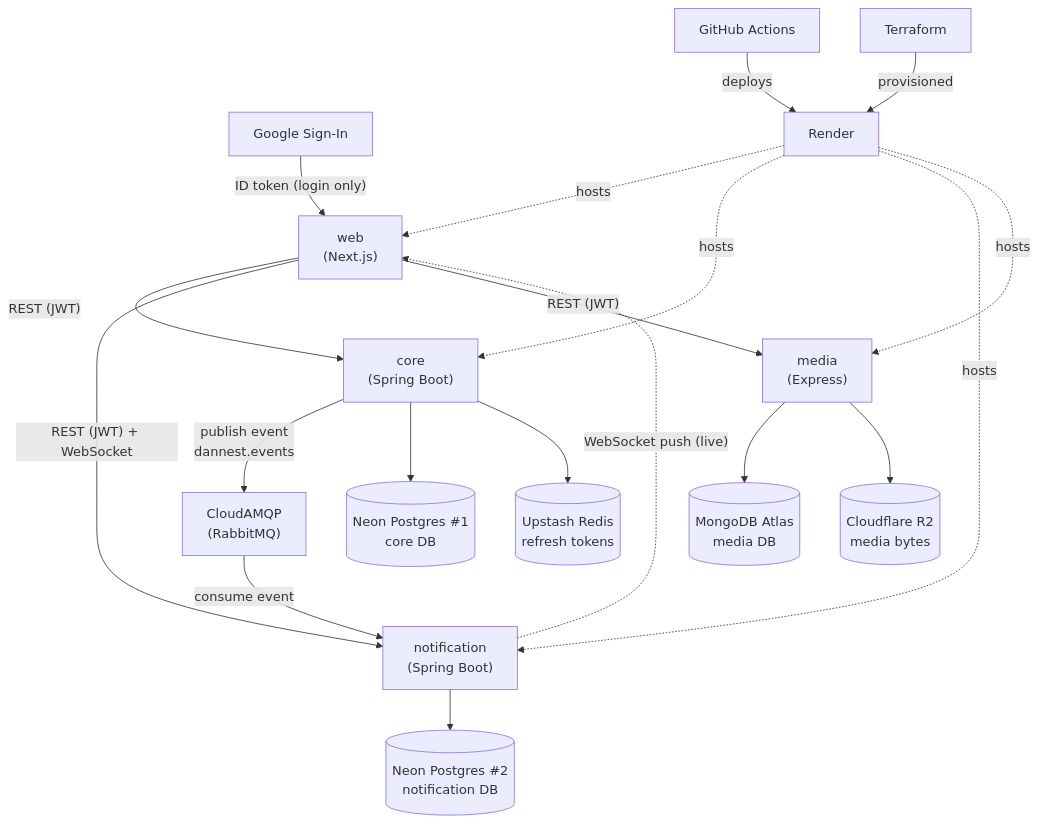
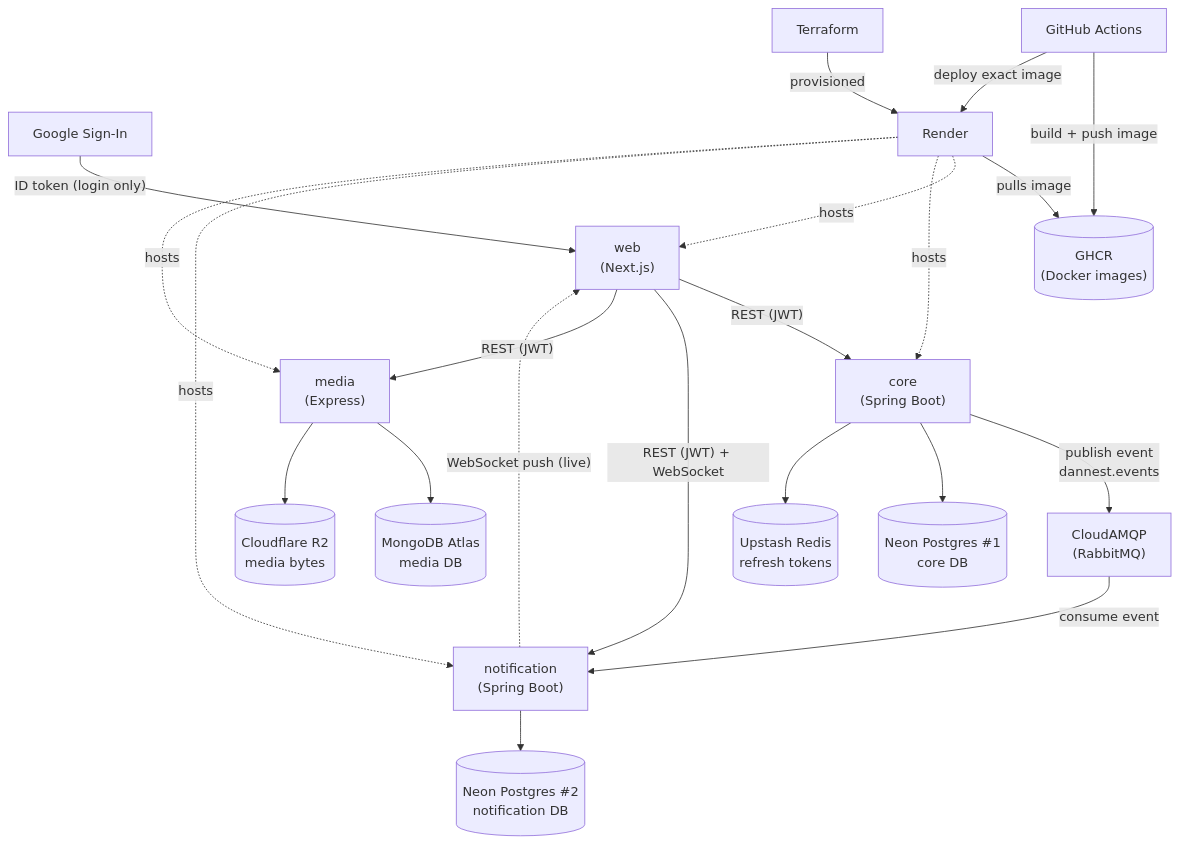
One commit to hdang-dev/dannest changed the first of 8 diagrams in docs/tech/architecture-flows.md. Above: the diagram before and after it, drawn with Mermaid. The commit also changed other lines of this file and 6 other files, not shown here.

Commit message:
ci: build/push Docker images to GHCR, deploy exact image to Render

````diff
--- a/docs/tech/architecture-flows.md
+++ b/docs/tech/architecture-flows.md
@@ -36,36 +37,39 @@
 ```mermaid
 flowchart TD
     Google["Google Sign-In"]
     Web["web\n(Next.js)"]
     Core["core\n(Spring Boot)"]
     MQ["CloudAMQP\n(RabbitMQ)"]
     Notif["notification\n(Spring Boot)"]
     Media["media\n(Express)"]
     NeonCore[("Neon Postgres #1\ncore DB")]
     Redis[("Upstash Redis\nrefresh tokens")]
     R2[("Cloudflare R2\nmedia bytes")]
     Mongo[("MongoDB Atlas\nmedia DB")]
     NeonNotif[("Neon Postgres #2\nnotification DB")]
     Render["Render"]
     GHA["GitHub Actions"]
+    GHCR[("GHCR\n(Docker images)")]
     TF["Terraform"]
 
     Google -- "ID token (login only)" --> Web
     Web -- "REST (JWT)" --> Core
     Web -- "REST (JWT) + WebSocket" --> Notif
     Web -- "REST (JWT)" --> Media
     Core -- "publish event\ndannest.events" --> MQ
     MQ -- "consume event" --> Notif
     Notif -. "WebSocket push (live)" .-> Web
     Core --> NeonCore
     Core --> Redis
     Media --> Mongo
     Media --> R2
     Notif --> NeonNotif
-    GHA -- "deploys" --> Render
+    GHA -- "build + push image" --> GHCR
+    GHA -- "deploy exact image" --> Render
+    Render -- "pulls image" --> GHCR
     TF -- "provisioned" --> Render
     Render -. hosts .-> Web
     Render -. hosts .-> Core
     Render -. hosts .-> Notif
     Render -. hosts .-> Media
 ```
````
